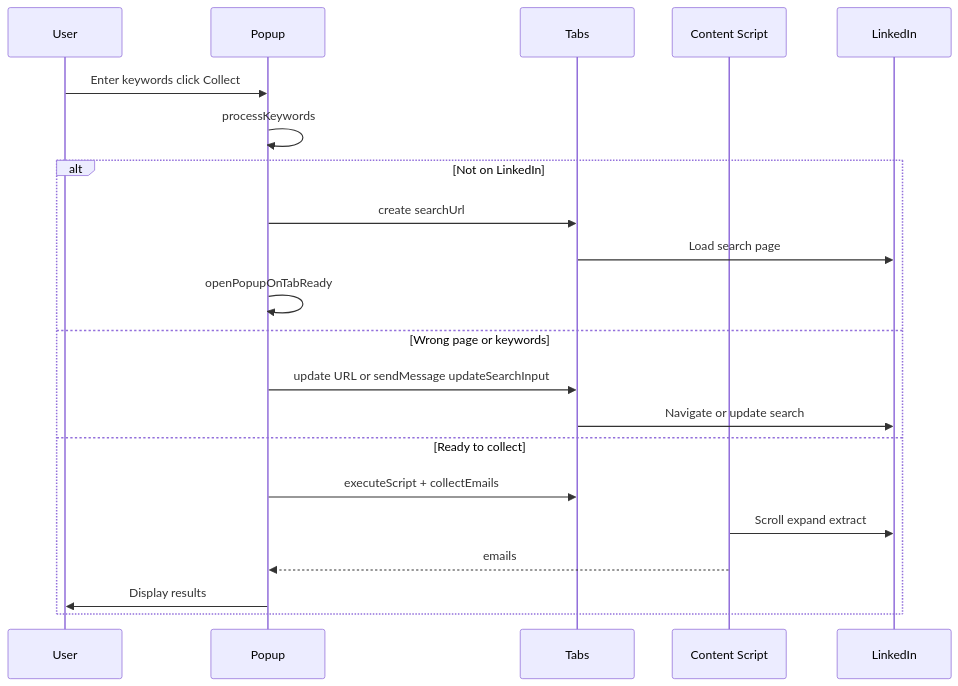
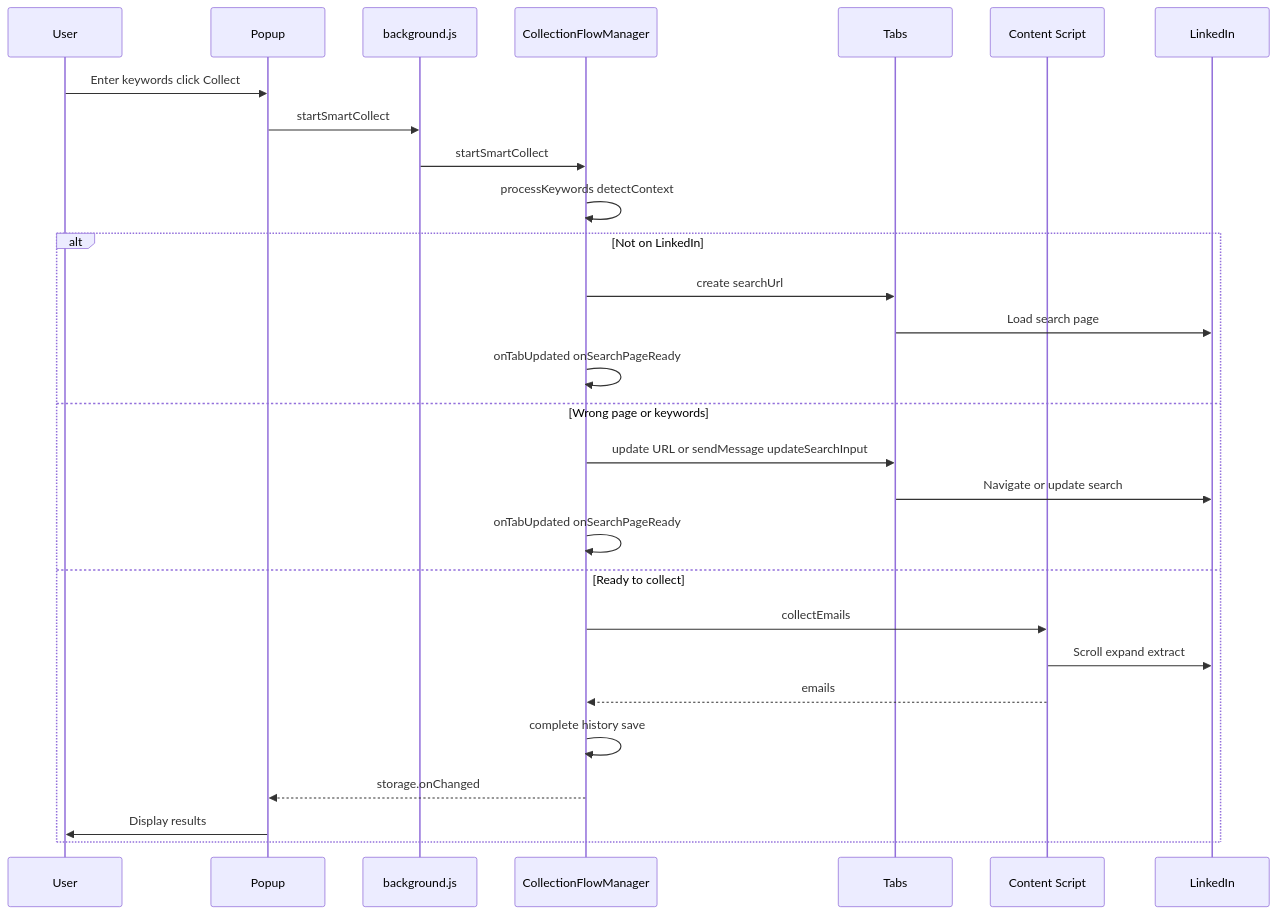
One commit to yagnesh97/reach-in changed the third of 3 diagrams in docs/BUSINESS_LOGIC.md. Above: the diagram before and after it, drawn with Mermaid. The commit also changed other lines of this file and 13 other files, not shown here.

First line of the commit message:
Enhance email collection flow and UI in ReachIn extension

````diff
--- a/docs/BUSINESS_LOGIC.md
+++ b/docs/BUSINESS_LOGIC.md
@@ -280,24 +294,31 @@
 ```mermaid
 sequenceDiagram
   participant User
   participant Popup
+  participant SW as background.js
+  participant CFM as CollectionFlowManager
   participant Tabs
   participant CS as Content Script
   participant LI as LinkedIn
 
   User->>Popup: Enter keywords click Collect
-  Popup->>Popup: processKeywords
+  Popup->>SW: startSmartCollect
+  SW->>CFM: startSmartCollect
+  CFM->>CFM: processKeywords detectContext
   alt Not on LinkedIn
-    Popup->>Tabs: create searchUrl
+    CFM->>Tabs: create searchUrl
     Tabs->>LI: Load search page
-    Popup->>Popup: openPopupOnTabReady
+    CFM->>CFM: onTabUpdated onSearchPageReady
   else Wrong page or keywords
-    Popup->>Tabs: update URL or sendMessage updateSearchInput
+    CFM->>Tabs: update URL or sendMessage updateSearchInput
     Tabs->>LI: Navigate or update search
+    CFM->>CFM: onTabUpdated onSearchPageReady
   else Ready to collect
-    Popup->>Tabs: executeScript + collectEmails
+    CFM->>CS: collectEmails
     CS->>LI: Scroll expand extract
-    CS-->>Popup: emails
+    CS-->>CFM: emails
+    CFM->>CFM: complete history save
+    CFM-->>Popup: storage.onChanged
     Popup->>User: Display results
   end
 ```
````
